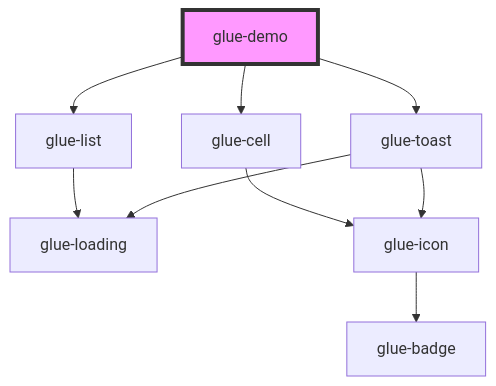
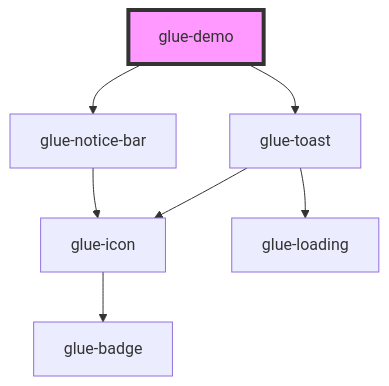
The diagram in packages/glue-components/src/components/glue-demo/readme.md (grasilife/glue), drawn with Mermaid before and after one commit. The commit also changed other lines of this file and 7 other files, not shown here.

````diff
--- a/packages/glue-components/src/components/glue-demo/readme.md
+++ b/packages/glue-components/src/components/glue-demo/readme.md
@@ -17,12 +16,10 @@
 ```mermaid
 graph TD;
-  glue-demo --> glue-list
-  glue-demo --> glue-cell
+  glue-demo --> glue-notice-bar
   glue-demo --> glue-toast
-  glue-list --> glue-loading
-  glue-cell --> glue-icon
+  glue-notice-bar --> glue-icon
   glue-icon --> glue-badge
   glue-toast --> glue-icon
   glue-toast --> glue-loading
   style glue-demo fill:#f9f,stroke:#333,stroke-width:4px
 ```
````
